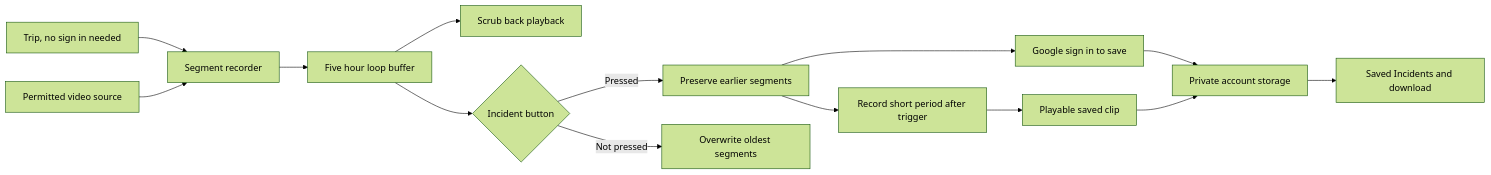
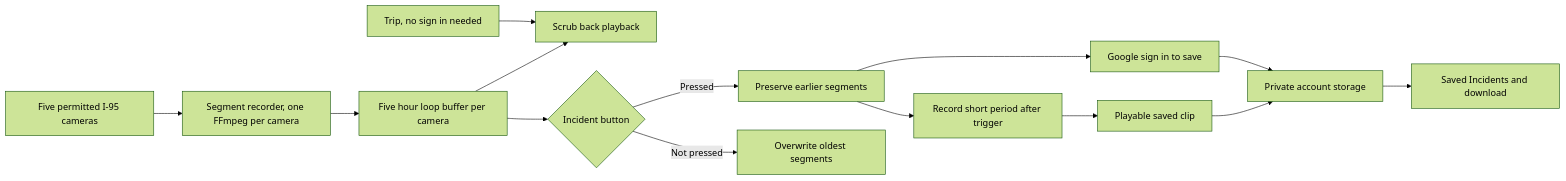
One commit to williamchiii/iWitness changed the diagram in docs/project_brief.md. Above: the diagram before and after it, drawn with Mermaid (forest theme). The commit also changed other lines of this file and 7 other files, not shown here.

````diff
--- a/docs/project_brief.md
+++ b/docs/project_brief.md
@@ -67,16 +67,16 @@
 ```mermaid
 flowchart LR
-    T[Trip, no sign in needed] --> B[Segment recorder]
-    A[Permitted video source] --> B
-    B --> C[Five hour loop buffer]
-    C --> P[Scrub back playback]
+    A[Five permitted I-95 cameras] --> B[Segment recorder, one FFmpeg per camera]
+    B --> C[Five hour loop buffer per camera]
+    T[Trip, no sign in needed] --> P[Scrub back playback]
+    C --> P
     C --> D{Incident button}
     D -->|Pressed| E[Preserve earlier segments]
     E --> F[Record short period after trigger]
     E --> U[Google sign in to save]
     F --> G[Playable saved clip]
     U --> H
     G --> H[Private account storage]
     H --> J[Saved Incidents and download]
     D -->|Not pressed| I[Overwrite oldest segments]
 ```
````
